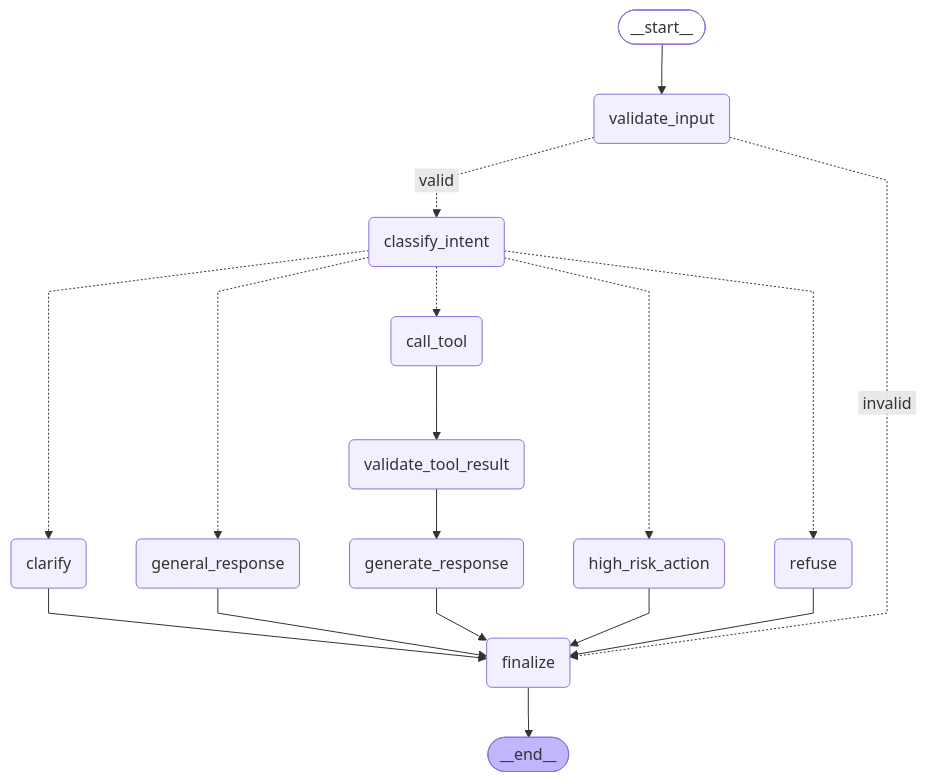
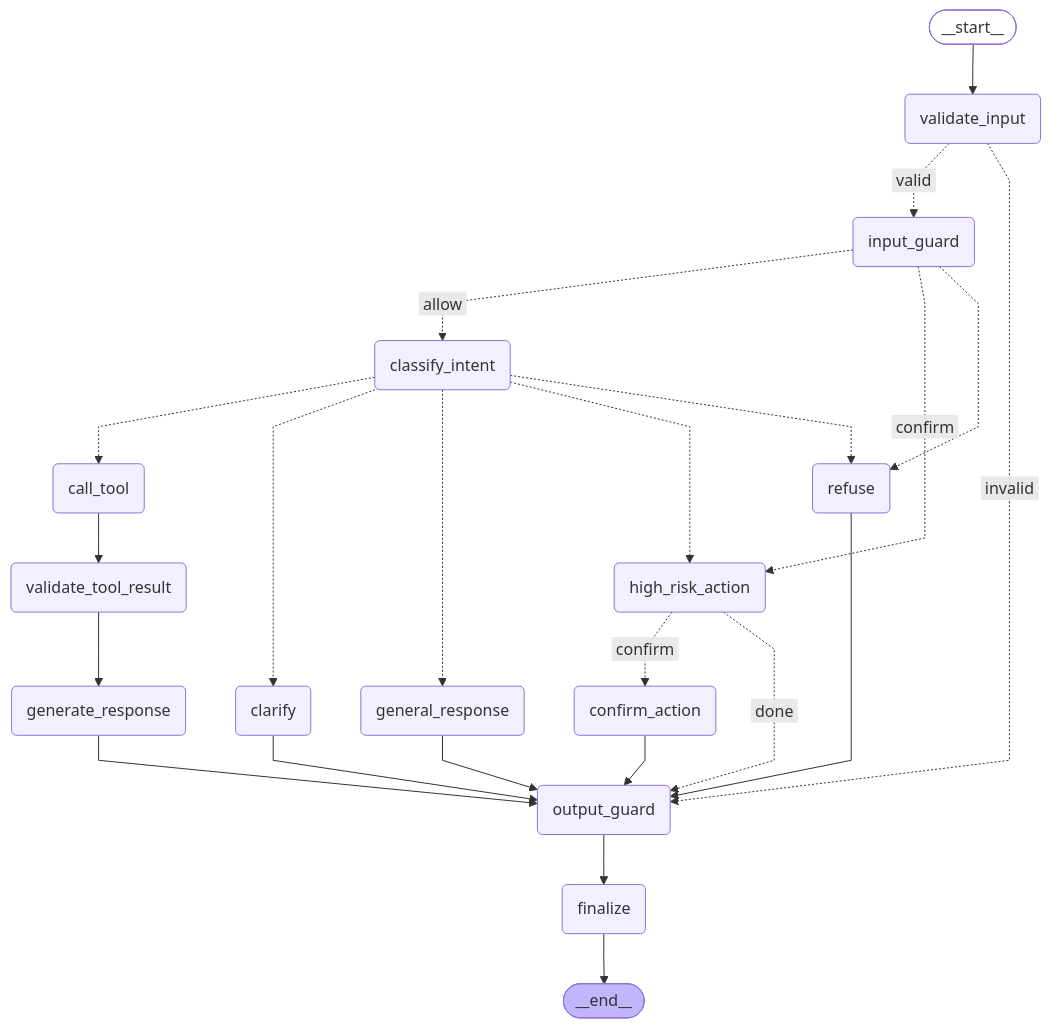
One commit to tamarkilasonia/BankAI changed the diagram in docs/agent_graph.md. Above: the diagram before and after it, drawn with Mermaid. The commit also changed 34 other files, not shown here.

````diff
--- a/docs/agent_graph.md
+++ b/docs/agent_graph.md
@@ -6,39 +6,48 @@
 ```mermaid
 ---
 config:
   flowchart:
     curve: linear
 ---
 graph TD;
 	__start__([<p>__start__</p>]):::first
 	validate_input(validate_input)
+	input_guard(input_guard)
 	classify_intent(classify_intent)
 	call_tool(call_tool)
 	validate_tool_result(validate_tool_result)
 	generate_response(generate_response)
 	clarify(clarify)
 	general_response(general_response)
 	refuse(refuse)
 	high_risk_action(high_risk_action)
+	confirm_action(confirm_action)
+	output_guard(output_guard)
 	finalize(finalize)
 	__end__([<p>__end__</p>]):::last
 	__start__ --> validate_input;
 	call_tool --> validate_tool_result;
-	clarify --> finalize;
+	clarify --> output_guard;
 	classify_intent -.-> call_tool;
 	classify_intent -.-> clarify;
 	classify_intent -.-> general_response;
 	classify_intent -.-> high_risk_action;
 	classify_intent -.-> refuse;
-	general_response --> finalize;
-	generate_response --> finalize;
-	high_risk_action --> finalize;
-	refuse --> finalize;
-	validate_input -. &nbsp;valid&nbsp; .-> classify_intent;
-	validate_input -. &nbsp;invalid&nbsp; .-> finalize;
+	confirm_action --> output_guard;
+	general_response --> output_guard;
+	generate_response --> output_guard;
+	high_risk_action -. &nbsp;confirm&nbsp; .-> confirm_action;
+	high_risk_action -. &nbsp;done&nbsp; .-> output_guard;
+	input_guard -. &nbsp;allow&nbsp; .-> classify_intent;
+	input_guard -. &nbsp;confirm&nbsp; .-> high_risk_action;
+	input_guard -.-> refuse;
+	output_guard --> finalize;
+	refuse --> output_guard;
+	validate_input -. &nbsp;valid&nbsp; .-> input_guard;
+	validate_input -. &nbsp;invalid&nbsp; .-> output_guard;
 	validate_tool_result --> generate_response;
 	finalize --> __end__;
 	classDef default fill:#f2f0ff,line-height:1.2
 	classDef first fill-opacity:0
 	classDef last fill:#bfb6fc
 ```
````
